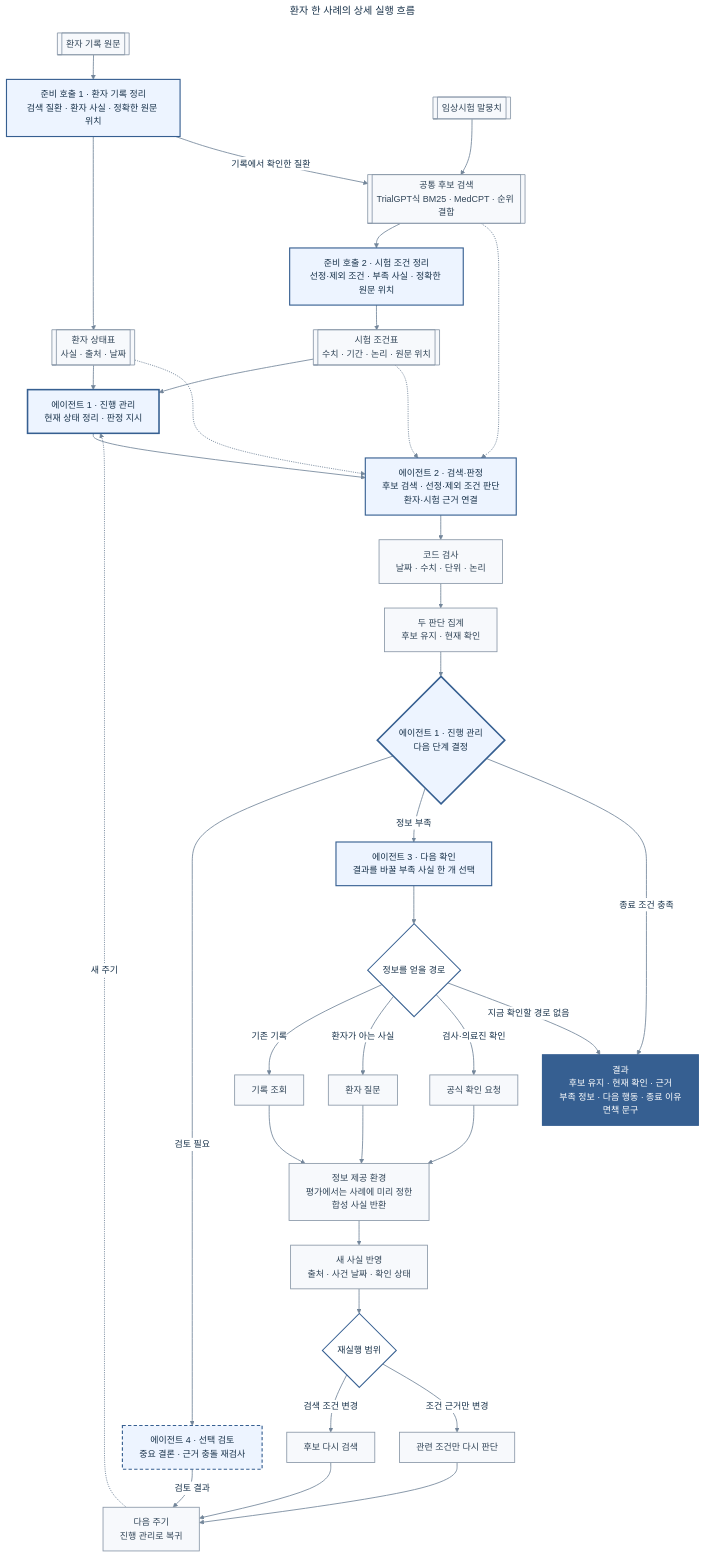
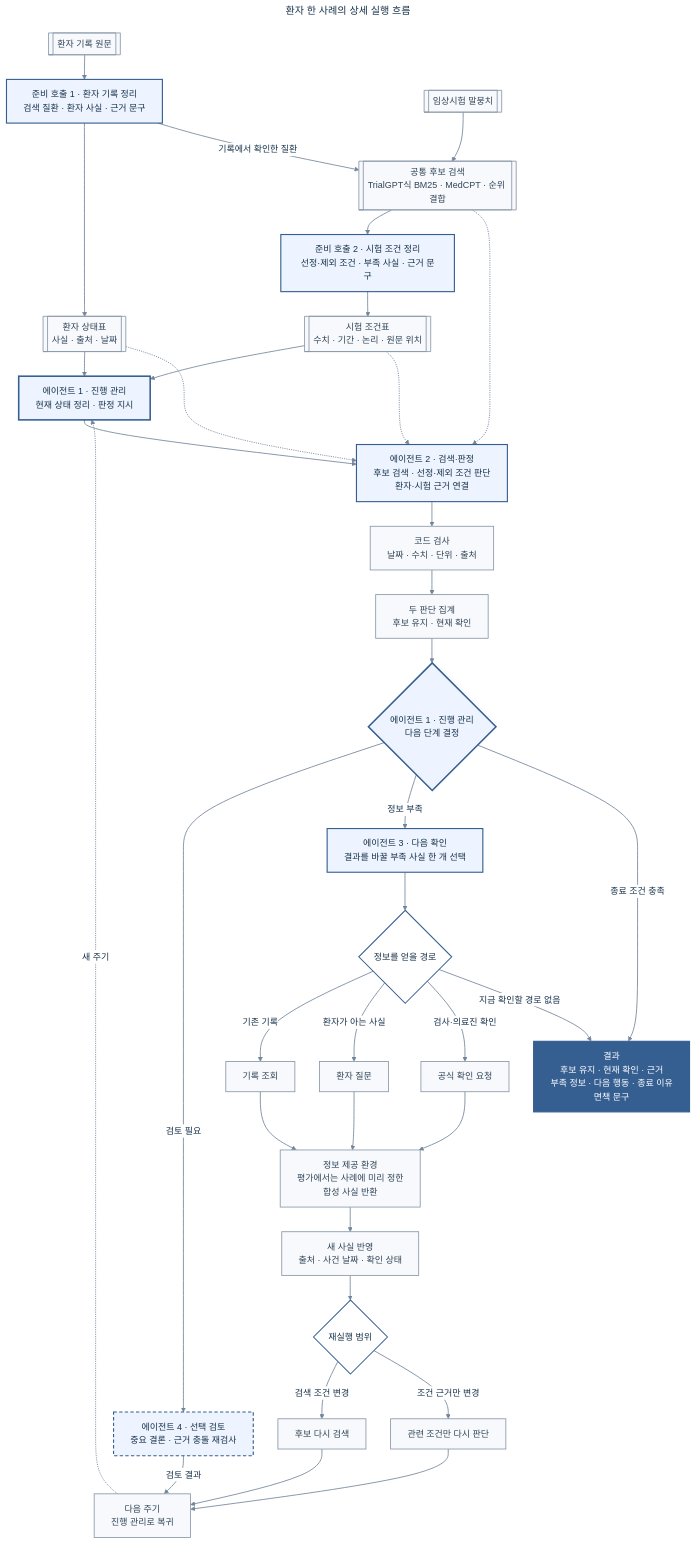
Before and after one commit to health-agent/Clarifytrial: the diagram in docs/internal/diagrams/clarifytrial-detailed-workflow.mmd, drawn with Mermaid. The commit also changed 23 other files, not shown here.

```diff
--- a/docs/internal/diagrams/clarifytrial-detailed-workflow.mmd
+++ b/docs/internal/diagrams/clarifytrial-detailed-workflow.mmd
@@ -1,97 +1,97 @@
 ---
 title: 환자 한 사례의 상세 실행 흐름
 config:
   theme: base
   flowchart:
     curve: basis
     nodeSpacing: 44
     rankSpacing: 44
     wrappingWidth: 250
   themeVariables:
     background: '#ffffff'
     primaryTextColor: '#18324a'
     lineColor: '#73869a'
     edgeLabelBackground: '#ffffff'
     fontFamily: 'Pretendard, Noto Sans KR, Malgun Gothic, sans-serif'
 ---
 flowchart TB
     PR[["환자 기록 원문"]]
-    PS["준비 호출 1 · 환자 기록 정리<br/>검색 질환 · 환자 사실 · 정확한 원문 위치"]
+    PS["준비 호출 1 · 환자 기록 정리<br/>검색 질환 · 환자 사실 · 근거 문구"]
     P[["환자 상태표<br/>사실 · 출처 · 날짜"]]
     TC[["임상시험 말뭉치"]]
     R[["공통 후보 검색<br/>TrialGPT식 BM25 · MedCPT · 순위 결합"]]
-    TS["준비 호출 2 · 시험 조건 정리<br/>선정·제외 조건 · 부족 사실 · 정확한 원문 위치"]
+    TS["준비 호출 2 · 시험 조건 정리<br/>선정·제외 조건 · 부족 사실 · 근거 문구"]
     T[["시험 조건표<br/>수치 · 기간 · 논리 · 원문 위치"]]
 
     A1S["에이전트 1 · 진행 관리<br/>현재 상태 정리 · 판정 지시"]
     A2["에이전트 2 · 검색·판정<br/>후보 검색 · 선정·제외 조건 판단<br/>환자·시험 근거 연결"]
-    C1["코드 검사<br/>날짜 · 수치 · 단위 · 논리"]
+    C1["코드 검사<br/>날짜 · 수치 · 단위 · 출처"]
     C2["두 판단 집계<br/>후보 유지 · 현재 확인"]
     A1D{"에이전트 1 · 진행 관리<br/>다음 단계 결정"}
 
     A4["에이전트 4 · 선택 검토<br/>중요 결론 · 근거 충돌 재검사"]
     A3["에이전트 3 · 다음 확인<br/>결과를 바꿀 부족 사실 한 개 선택"]
     G{"정보를 얻을 경로"}
     L["기록 조회"]
     Q["환자 질문"]
     V["공식 확인 요청"]
     H["정보 제공 환경<br/>평가에서는 사례에 미리 정한<br/>합성 사실 반환"]
     N["새 사실 반영<br/>출처 · 사건 날짜 · 확인 상태"]
     S{"재실행 범위"}
     S1["후보 다시 검색"]
     S2["관련 조건만 다시 판단"]
     M["다음 주기<br/>진행 관리로 복귀"]
     O["결과<br/>후보 유지 · 현재 확인 · 근거<br/>부족 정보 · 다음 행동 · 종료 이유<br/>면책 문구"]
 
     PR --> PS
     PS --> P
     PS -->|기록에서 확인한 질환| R
     TC --> R
     R --> TS
     TS --> T
     T --> A1S
     P --> A1S
     A1S --> A2
     T -.-> A2
     P -.-> A2
     R -.-> A2
     A2 --> C1
     C1 --> C2
     C2 --> A1D
 
     A1D -->|검토 필요| A4
     A4 -->|검토 결과| M
     A1D -->|정보 부족| A3
     A3 --> G
     G -->|기존 기록| L
     G -->|환자가 아는 사실| Q
     G -->|검사·의료진 확인| V
     L --> H
     Q --> H
     V --> H
     H --> N
     N --> S
     S -->|검색 조건 변경| S1
     S -->|조건 근거만 변경| S2
     S1 --> M
     S2 --> M
     M -.->|새 주기| A1S
 
     A1D -->|종료 조건 충족| O
     G -->|지금 확인할 경로 없음| O
 
     classDef lead fill:#edf4ff,stroke:#365f91,stroke-width:2.8px,color:#18324a;
     classDef agent fill:#edf4ff,stroke:#365f91,stroke-width:2px,color:#18324a;
     classDef optional fill:#edf4ff,stroke:#365f91,stroke-width:2px,stroke-dasharray:6 4,color:#18324a;
     classDef shared fill:#f7f9fc,stroke:#8a98a8,stroke-width:1.5px,color:#304457;
     classDef decision fill:#ffffff,stroke:#365f91,stroke-width:1.8px,color:#18324a;
     classDef output fill:#365f91,stroke:#365f91,stroke-width:2px,color:#ffffff;
 
     class A1S,A1D lead;
     class PS,TS,A2,A3 agent;
     class A4 optional;
     class PR,P,TC,R,T,C1,C2,L,Q,V,H,N,S1,S2,M shared;
     class G,S decision;
     class O output;
 
     linkStyle default stroke:#73869a,stroke-width:1.5px;
```
